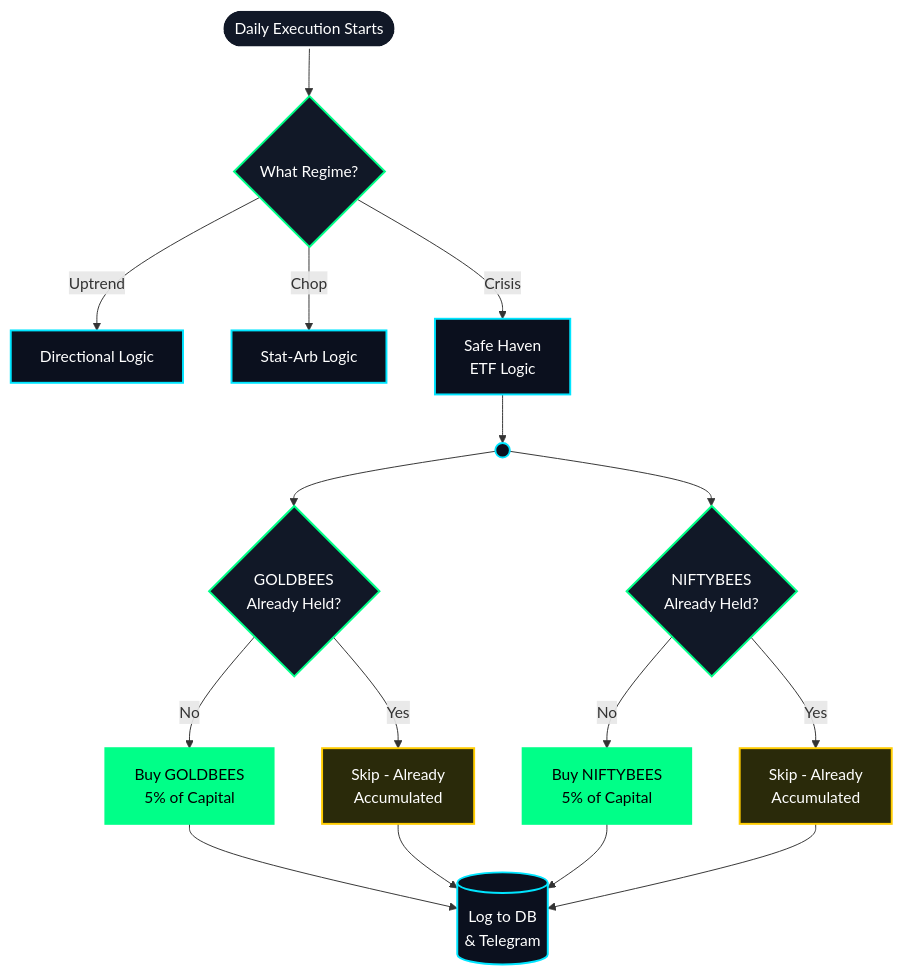
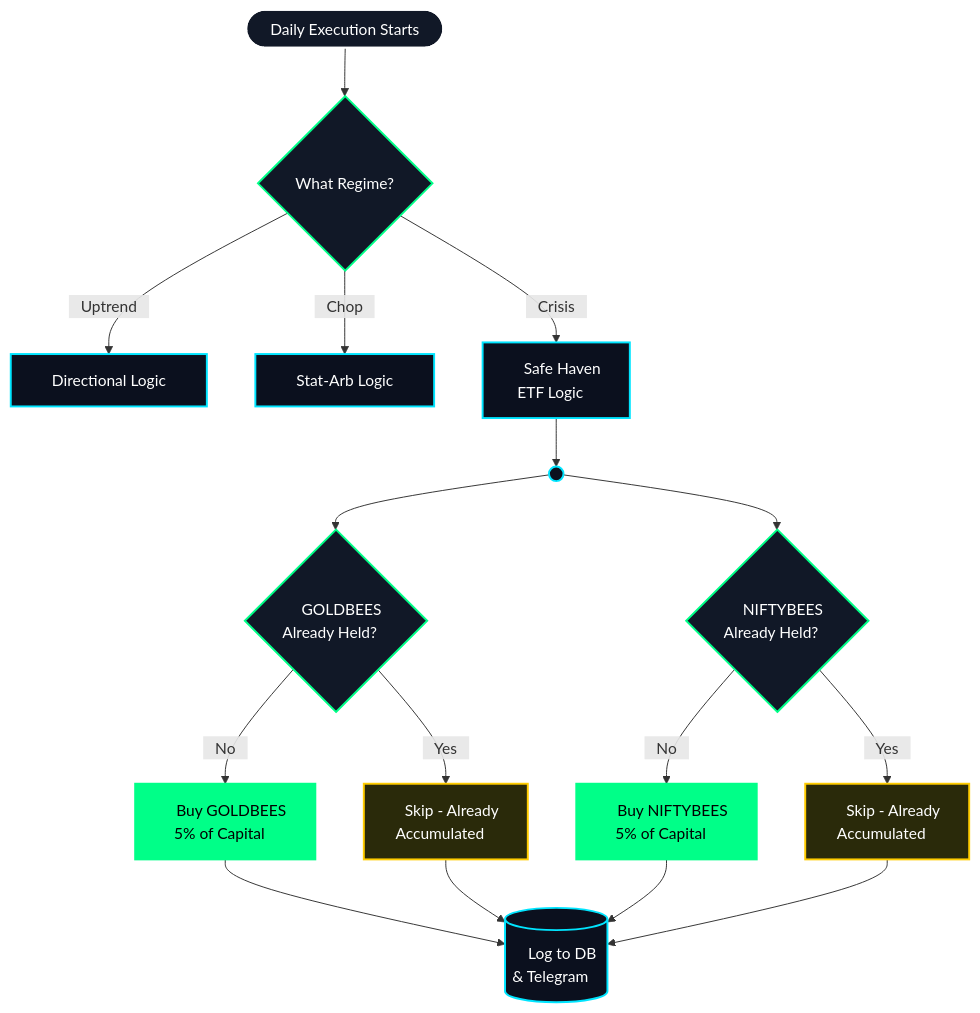
Before and after one commit to SaiSiddharthBS/MarketAnalyser: the fifth of 5 diagrams in README.md, drawn with Mermaid. The commit also changed other lines of this file, not shown here.

Commit message:
docs: Fix mermaid clipping by stripping markdown strings and injecting structural HTML non-breaking spaces for bounding box pad

````diff
--- a/README.md
+++ b/README.md
@@ -336,37 +336,37 @@
 ```mermaid
 flowchart TD
-    Start(["`Daily Execution Starts`"]) --> Regime{"`What Regime?`"}
+    Start(["&nbsp;&nbsp;&nbsp;Daily Execution Starts&nbsp;&nbsp;&nbsp;"]) --> Regime{"&nbsp;&nbsp;&nbsp;What Regime?&nbsp;&nbsp;&nbsp;"}
     
-    Regime -->|"`Uptrend`"| Dir["`Directional Logic`"]
-    Regime -->|"`Chop`"| Arb["`Stat-Arb Logic`"]
-    Regime -->|"`Crisis`"| Safe["`Safe Haven<br/>ETF Logic`"]
+    Regime -->|"&nbsp;&nbsp;&nbsp;Uptrend&nbsp;&nbsp;&nbsp;"| Dir["&nbsp;&nbsp;&nbsp;Directional Logic&nbsp;&nbsp;&nbsp;"]
+    Regime -->|"&nbsp;&nbsp;&nbsp;Chop&nbsp;&nbsp;&nbsp;"| Arb["&nbsp;&nbsp;&nbsp;Stat-Arb Logic&nbsp;&nbsp;&nbsp;"]
+    Regime -->|"&nbsp;&nbsp;&nbsp;Crisis&nbsp;&nbsp;&nbsp;"| Safe["&nbsp;&nbsp;&nbsp;Safe Haven<br/>ETF Logic&nbsp;&nbsp;&nbsp;"]
 
     Safe --> Split(( ))
 
-    Split --> Gold{"`GOLDBEES<br/>Already Held?`"}
-    Split --> Nifty{"`NIFTYBEES<br/>Already Held?`"}
+    Split --> Gold{"&nbsp;&nbsp;&nbsp;GOLDBEES<br/>Already Held?&nbsp;&nbsp;&nbsp;"}
+    Split --> Nifty{"&nbsp;&nbsp;&nbsp;NIFTYBEES<br/>Already Held?&nbsp;&nbsp;&nbsp;"}
 
-    Gold -->|"`No`"| BuyG["`Buy GOLDBEES<br/>5% of Capital`"]
-    Gold -->|"`Yes`"| SkipG["`Skip - Already<br/>Accumulated`"]
+    Gold -->|"&nbsp;&nbsp;&nbsp;No&nbsp;&nbsp;&nbsp;"| BuyG["&nbsp;&nbsp;&nbsp;Buy GOLDBEES<br/>5% of Capital&nbsp;&nbsp;&nbsp;"]
+    Gold -->|"&nbsp;&nbsp;&nbsp;Yes&nbsp;&nbsp;&nbsp;"| SkipG["&nbsp;&nbsp;&nbsp;Skip - Already<br/>Accumulated&nbsp;&nbsp;&nbsp;"]
 
-    Nifty -->|"`No`"| BuyN["`Buy NIFTYBEES<br/>5% of Capital`"]
-    Nifty -->|"`Yes`"| SkipN["`Skip - Already<br/>Accumulated`"]
+    Nifty -->|"&nbsp;&nbsp;&nbsp;No&nbsp;&nbsp;&nbsp;"| BuyN["&nbsp;&nbsp;&nbsp;Buy NIFTYBEES<br/>5% of Capital&nbsp;&nbsp;&nbsp;"]
+    Nifty -->|"&nbsp;&nbsp;&nbsp;Yes&nbsp;&nbsp;&nbsp;"| SkipN["&nbsp;&nbsp;&nbsp;Skip - Already<br/>Accumulated&nbsp;&nbsp;&nbsp;"]
 
-    BuyG --> Log[("`Log to DB<br/>& Telegram`")]
+    BuyG --> Log[("&nbsp;&nbsp;&nbsp;Log to DB<br/>& Telegram&nbsp;&nbsp;&nbsp;")]
     SkipG --> Log
     BuyN --> Log
     SkipN --> Log
 
     classDef default fill:#0b101e,stroke:#00e5ff,stroke-width:2px,color:#ffffff;
     classDef decision fill:#111827,stroke:#00ff88,stroke-width:2px,color:#ffffff;
     classDef action fill:#00ff88,stroke:#00ff88,stroke-width:2px,color:#000000;
     classDef ignore fill:#2a2a0a,stroke:#ffcc00,stroke-width:2px,color:#ffffff;
     classDef entry fill:#111827,stroke:#ffffff,stroke-width:2px,color:#ffffff;
     classDef db fill:#0b101e,stroke:#00e5ff,stroke-width:2px,color:#ffffff;
 
     class Start entry;
     class Regime,Gold,Nifty decision;
     class BuyG,BuyN action;
     class SkipG,SkipN ignore;
     class Log db;
 ```
````
